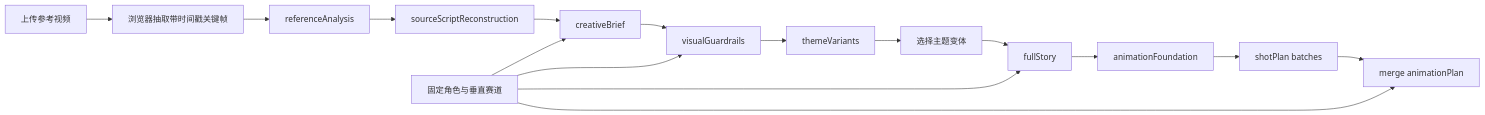
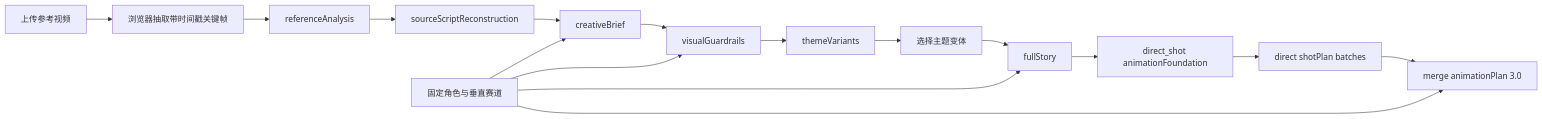
The diagram in docs/workflow-spec.md (marriannedagwwn-bot/mimo-short-video-director), drawn with Mermaid before and after one commit. The commit also changed other lines of this file and 20 other files, not shown here.

Commit message:
feat: establish direct-shot v3 workflow baseline

````diff
--- a/docs/workflow-spec.md
+++ b/docs/workflow-spec.md
@@ -14,18 +14,18 @@
 ```mermaid
 flowchart LR
     A[上传参考视频] --> B[浏览器抽取带时间戳关键帧]
     B --> C[referenceAnalysis]
     C --> D[sourceScriptReconstruction]
     D --> E[creativeBrief]
     E --> V[visualGuardrails]
     V --> F[themeVariants]
     F --> H[选择主题变体]
     H --> I[fullStory]
-    I --> J1[animationFoundation]
-    J1 --> J2[shotPlan batches]
-    J2 --> J[merge animationPlan]
+    I --> J1[direct_shot animationFoundation]
+    J1 --> J2[direct shotPlan batches]
+    J2 --> J[merge animationPlan 3.0]
     G[固定角色与垂直赛道] --> E
     G --> V
     G --> I
     G --> J
 ```
````
